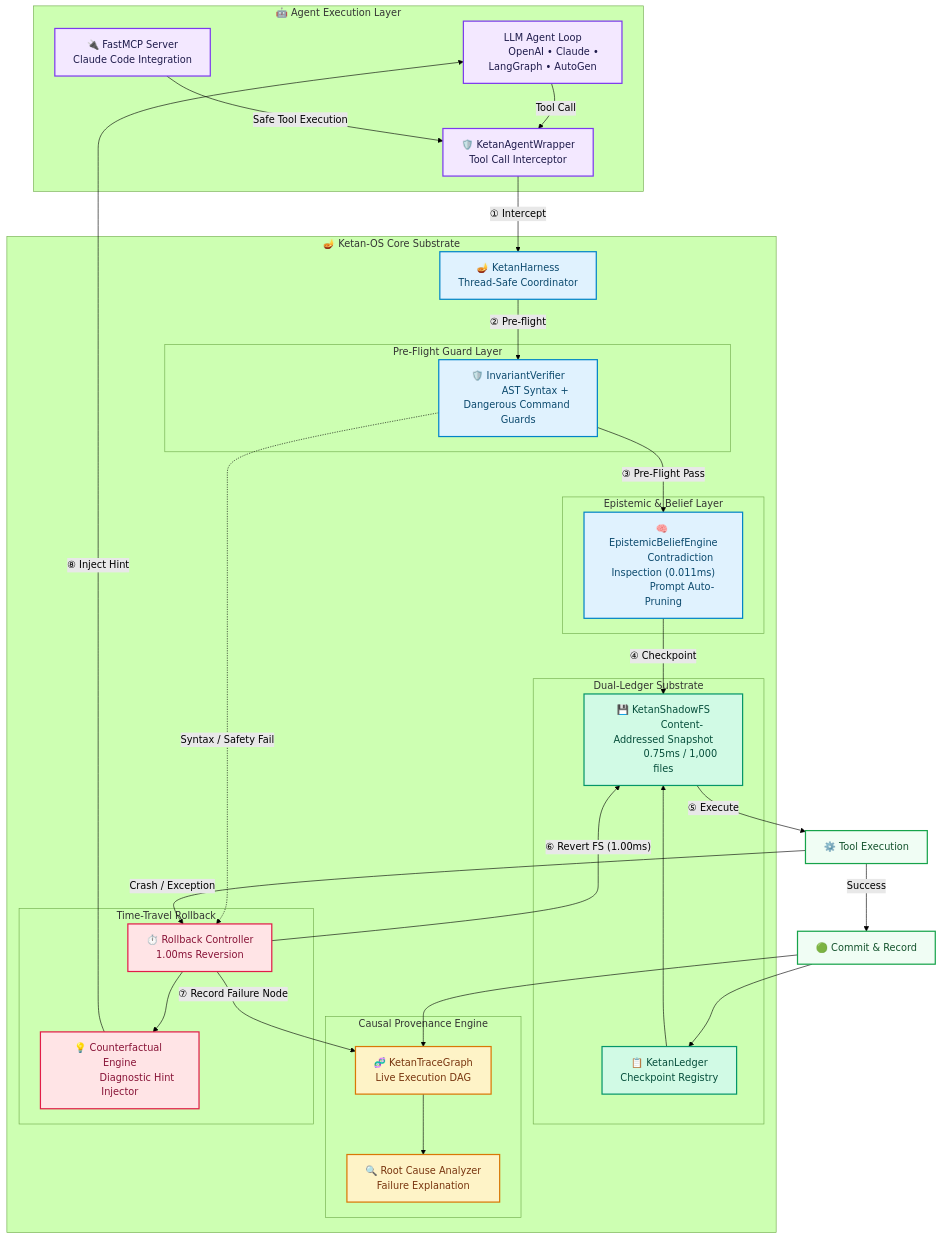
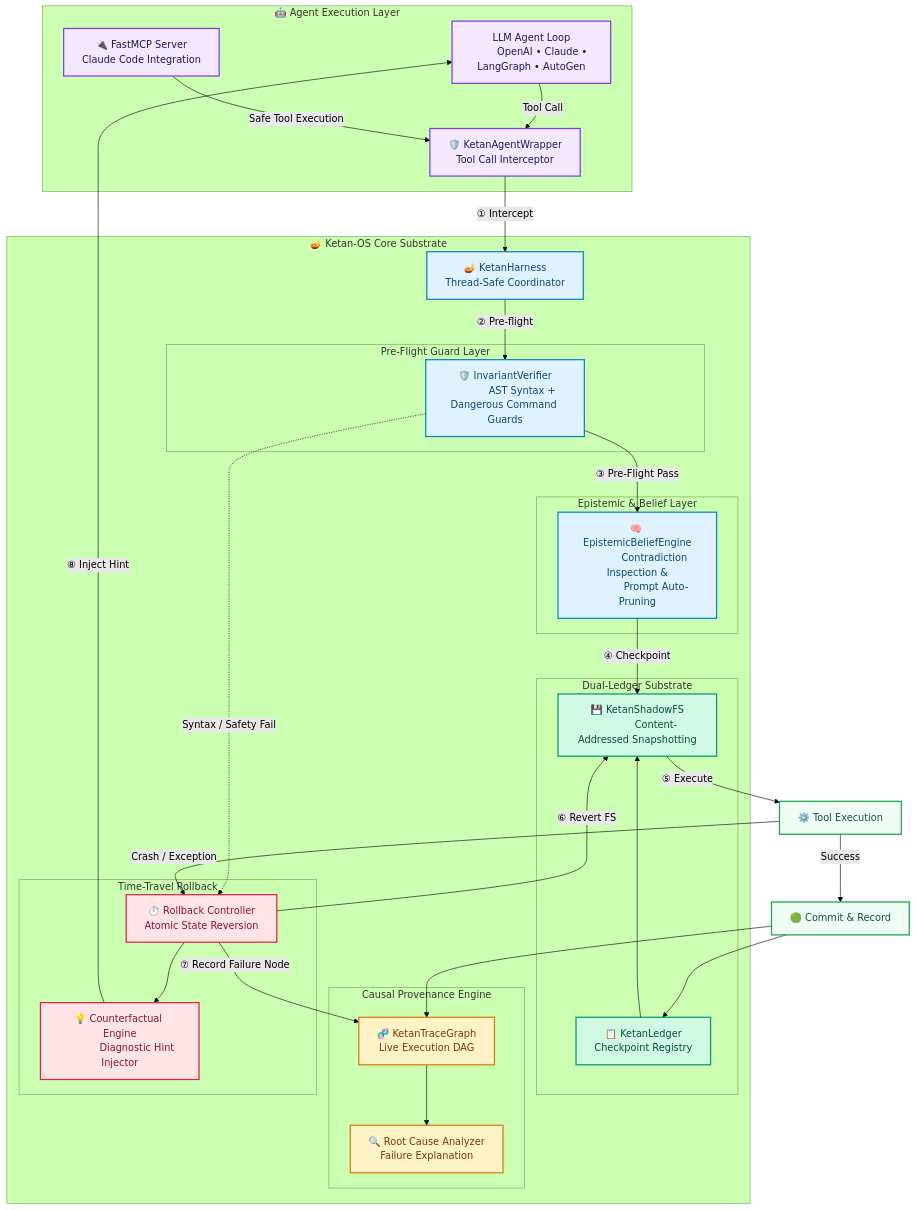
One commit to umang-algo/ketan-os changed the diagram in README.md. Above: the diagram before and after it, drawn with Mermaid (forest theme). The commit also changed other lines of this file, not shown here.

```diff
--- a/README.md
+++ b/README.md
@@ -64,14 +64,13 @@
             Ledger["📋 KetanLedger
             Checkpoint Registry"]
             ShadowFS["💾 KetanShadowFS
-            Content-Addressed Snapshot
-            0.75ms / 1,000 files"]
+            Content-Addressed Snapshotting"]
             Ledger --> ShadowFS
         end
 
         subgraph Cognition [" Epistemic & Belief Layer "]
             Epistemic["🧠 EpistemicBeliefEngine
-            Contradiction Inspection (0.011ms)
+            Contradiction Inspection &
             Prompt Auto-Pruning"]
         end
 
@@ -85,7 +84,7 @@
 
         subgraph TimeTravel [" Time-Travel Rollback "]
             Rollback["⏱️ Rollback Controller
-            1.00ms Reversion"]
+            Atomic State Reversion"]
             Counterfactual["💡 Counterfactual Engine
             Diagnostic Hint Injector"]
             Rollback --> Counterfactual
@@ -105,7 +104,7 @@
     Commit --> CTG
     Commit --> Ledger
 
-    Rollback -->|"⑥ Revert FS (1.00ms)"| ShadowFS
+    Rollback -->|"⑥ Revert FS"| ShadowFS
     Rollback -->|"⑦ Record Failure Node"| CTG
     Counterfactual -->|"⑧ Inject Hint"| LLM
 
```
